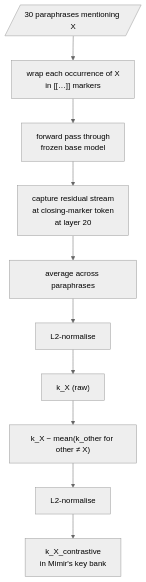
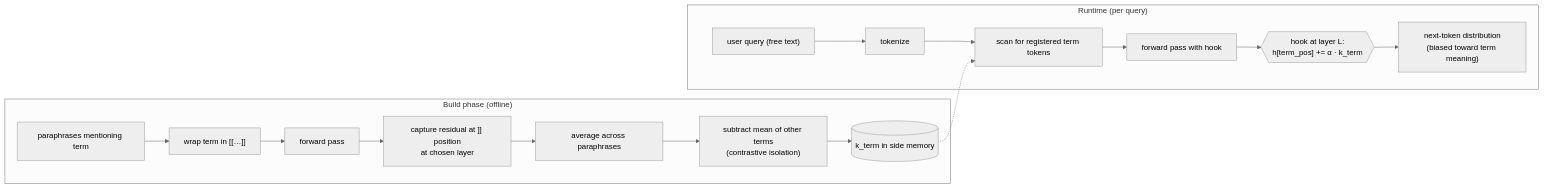
Before and after one commit to mattyv/mimir-protocol: the diagram in README.md, drawn with Mermaid (neutral theme). The commit also changed other lines of this file and 6 other files, not shown here.

````diff
--- a/README.md
+++ b/README.md
@@ -64,13 +144,20 @@
 ```mermaid
-flowchart TB
-    paraphrases[/"30 paraphrases mentioning X"/] --> wrap["wrap each occurrence of X\nin [[…]] markers"]
-    wrap --> forward["forward pass through\nfrozen base model"]
-    forward --> capture["capture residual stream\nat closing-marker token\nat layer 20"]
-    capture --> mean["average across paraphrases"]
-    mean --> norm["L2-normalise"]
-    norm --> rawkey["k_X (raw)"]
+flowchart LR
+    subgraph Build["Build phase (offline)"]
+        paraphrases["paraphrases mentioning term"] --> wrap["wrap term in [[…]]"]
+        wrap --> forward1["forward pass"]
+        forward1 --> capture["capture residual at ]] position\nat chosen layer"]
+        capture --> mean["average across paraphrases"]
+        mean --> contr["subtract mean of other terms\n(contrastive isolation)"]
+        contr --> key[("k_term in side memory")]
+    end
 
-    rawkey --> contr["k_X − mean(k_other for other ≠ X)"]
-    contr --> normalise["L2-normalise"]
-    normalise --> finalkey["k_X_contrastive\nin Mimir's key bank"]
+    subgraph Runtime["Runtime (per query)"]
+        userq["user query (free text)"] --> tokenize["tokenize"]
+        tokenize --> scan["scan for registered term tokens"]
+        key -.-> scan
+        scan --> forward2["forward pass with hook"]
+        forward2 --> hook{{"hook at layer L:\nh[term_pos] += α · k_term"}}
+        hook --> logits["next-token distribution\n(biased toward term meaning)"]
+    end
 ```
````
